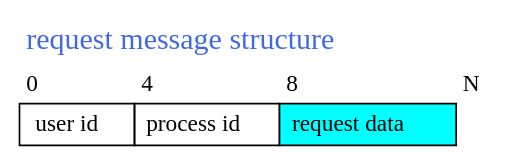
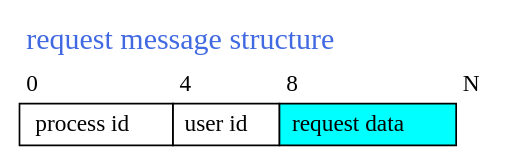
Before and after one commit to fufesou/PengGe: the diagram in doc/am/design/images/request_structure.dot, drawn with Graphviz. The commit also changed 9 other files, not shown here.

```diff
--- a/doc/am/design/images/request_structure.dot
+++ b/doc/am/design/images/request_structure.dot
@@ -1,16 +1,16 @@
 digraph request_structure {
 	rs [shape=none, margin=0, label=<
 		<TABLE BORDER="0" CELLBORDER="1" CELLSPACING="0" CELLPADDING="4">
 		<TR><TD COLSPAN="16" BORDER="0"><FONT COLOR="royalblue" POINT-SIZE="18.0"> request message structure </FONT></TD>
 		</TR>
 		<TR><TD COLSPAN="4" BORDER = "0" ALIGN="LEFT">0</TD>
 			<TD COLSPAN="4" BORDER = "0" ALIGN="LEFT">4</TD>
 			<TD COLSPAN="8" BORDER = "0" ALIGN="LEFT">8</TD>
 			<TD BORDER="0" ALIGN="LEFT">N</TD>
 		</TR>
-		<TR><TD COLSPAN="4">user id</TD>
-			<TD COLSPAN="4">process id</TD>
+		<TR><TD COLSPAN="4">process id</TD>
+			<TD COLSPAN="4">user id</TD>
 			<TD COLSPAN="8" BGCOLOR="cyan" PORT="TheData">request data</TD>
 		</TR>
 		</TABLE>>];
 }
```
